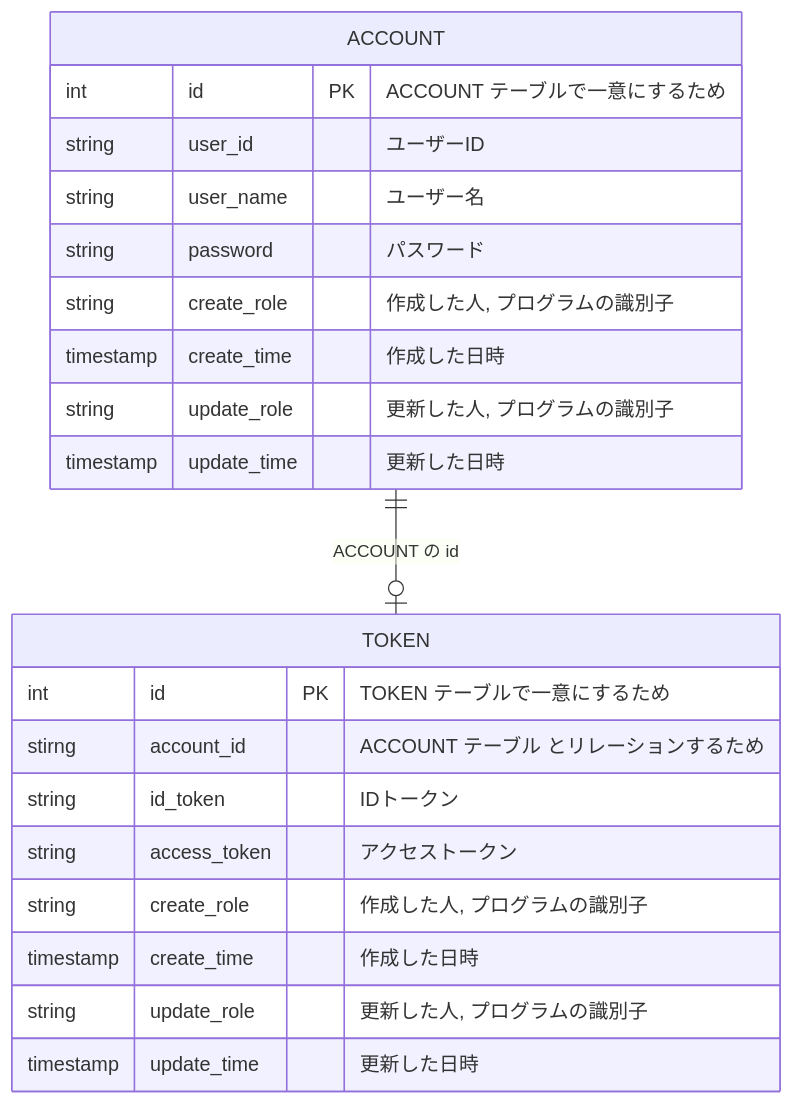
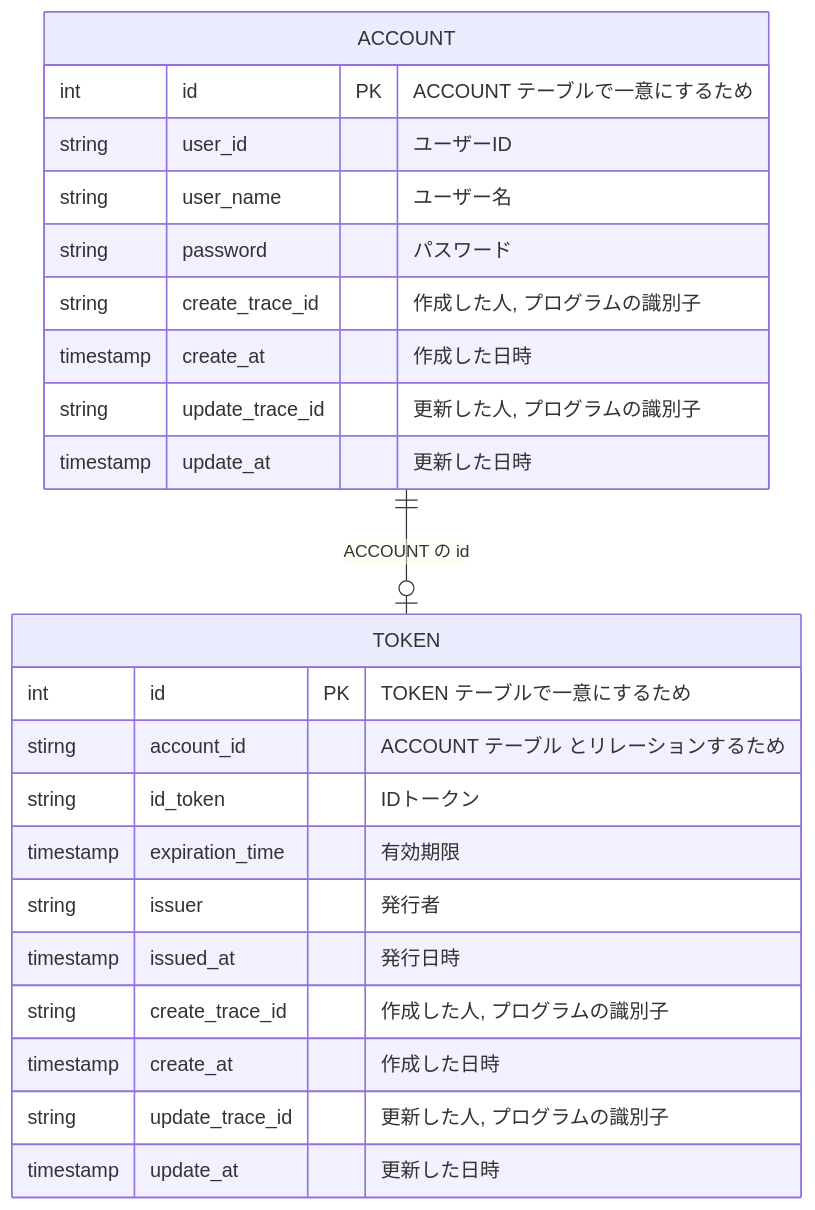
One commit to ozaki-physics/raison-me changed the second of 2 diagrams in docs/info/authN.md. Above: the diagram before and after it, drawn with Mermaid. The commit also changed other lines of this file and 3 other files, not shown here.

````diff
--- a/docs/info/authN.md
+++ b/docs/info/authN.md
@@ -69,25 +70,27 @@
 ```mermaid
 erDiagram
   ACCOUNT {
     int id PK "ACCOUNT テーブルで一意にするため"
     string user_id "ユーザーID"
     string user_name "ユーザー名"
     string password "パスワード"
-    string create_role "作成した人, プログラムの識別子"
-    timestamp create_time "作成した日時"
-    string update_role "更新した人, プログラムの識別子"
-    timestamp update_time "更新した日時"
+    string create_trace_id "作成した人, プログラムの識別子"
+    timestamp create_at "作成した日時"
+    string update_trace_id "更新した人, プログラムの識別子"
+    timestamp update_at "更新した日時"
   }
   TOKEN {
     int id PK "TOKEN テーブルで一意にするため"
     stirng account_id "ACCOUNT テーブル とリレーションするため"
     string id_token "IDトークン"
-    string access_token "アクセストークン"
-    string create_role "作成した人, プログラムの識別子"
-    timestamp create_time "作成した日時"
-    string update_role "更新した人, プログラムの識別子"
-    timestamp update_time "更新した日時"
+    timestamp expiration_time "有効期限"
+    string issuer "発行者"
+    timestamp issued_at "発行日時"
+    string create_trace_id "作成した人, プログラムの識別子"
+    timestamp create_at "作成した日時"
+    string update_trace_id "更新した人, プログラムの識別子"
+    timestamp update_at "更新した日時"
   }
 
   ACCOUNT ||--o| TOKEN : "ACCOUNT の id"
 ```
````
